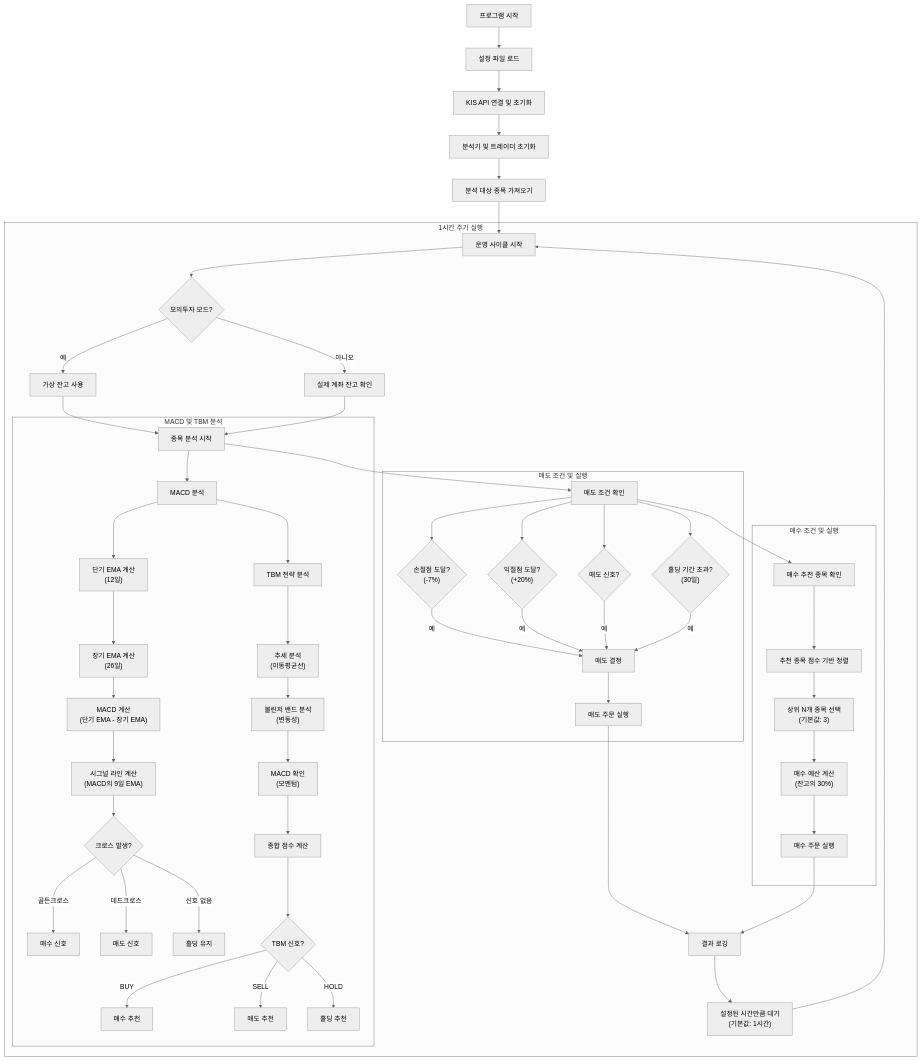
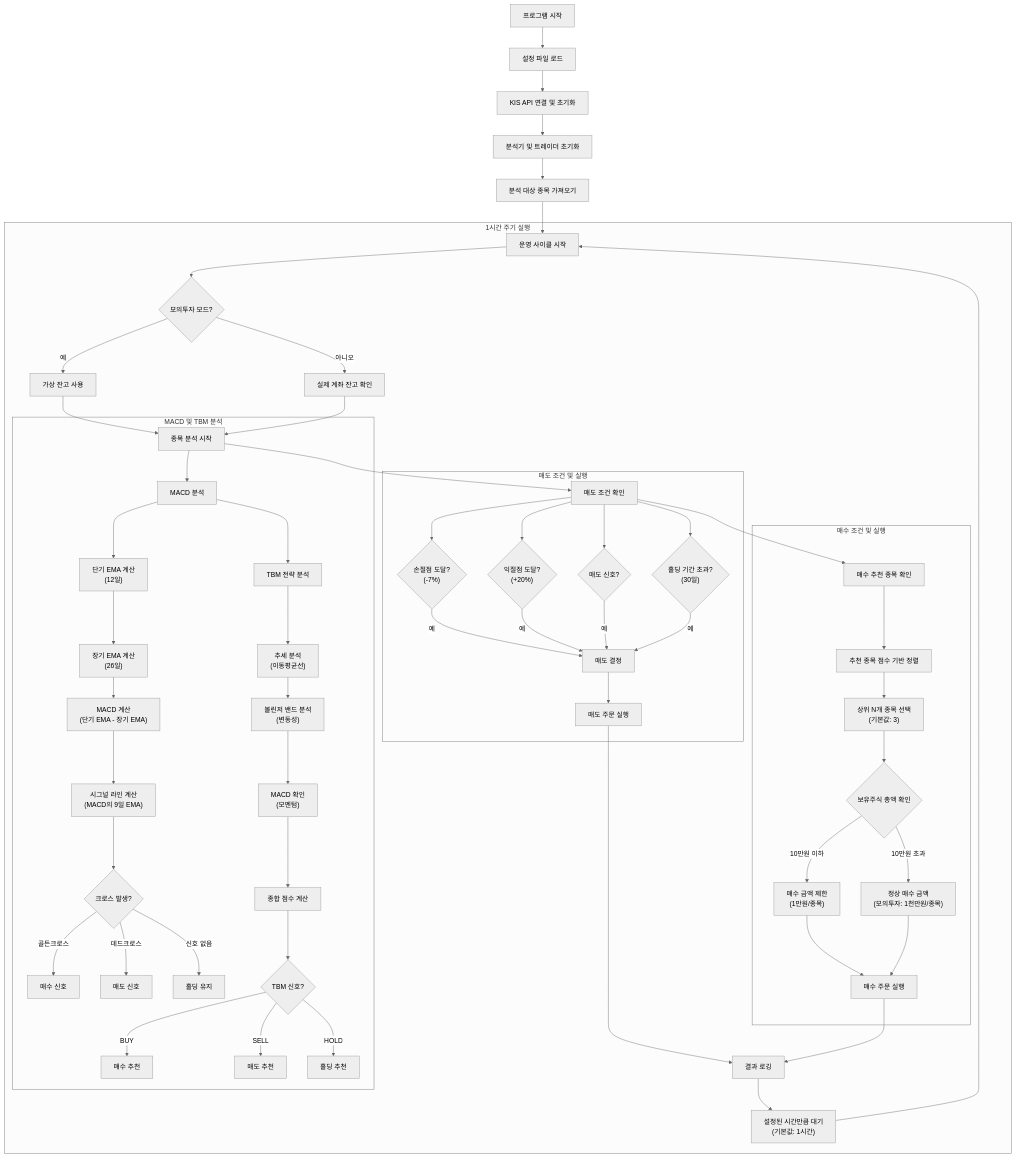
The diagram in docs/README.md (hyngng/astp), drawn with Mermaid (neutral theme) before and after one commit. The commit also changed other lines of this file and 4 other files, not shown here.

````diff
--- a/docs/README.md
+++ b/docs/README.md
@@ -59,68 +58,71 @@
 ```mermaid
 flowchart TD
     Start[프로그램 시작] --> LoadConfig[설정 파일 로드]
     LoadConfig --> InitKIS[KIS API 연결 및 초기화]
     InitKIS --> InitAnalysts[분석기 및 트레이더 초기화]
     InitAnalysts --> FetchTickers[분석 대상 종목 가져오기]
     FetchTickers --> CycleStart[운영 사이클 시작]
     
     subgraph 운영_사이클["1시간 주기 실행"]
         CycleStart --> CheckVirtual{모의투자 모드?}
         CheckVirtual -->|예| UseVirtual[가상 잔고 사용]
         CheckVirtual -->|아니오| GetBalance[실제 계좌 잔고 확인]
         UseVirtual --> AnalyzeTickersStart[종목 분석 시작]
         GetBalance --> AnalyzeTickersStart
         
         subgraph 종목_분석["MACD 및 TBM 분석"]
             AnalyzeTickersStart --> MACDAnalysis[MACD 분석]
             MACDAnalysis --> CalcShortEMA["단기 EMA 계산<br>(12일)"]
             CalcShortEMA --> CalcLongEMA["장기 EMA 계산<br>(26일)"]
             CalcLongEMA --> CalcMACD["MACD 계산<br>(단기 EMA - 장기 EMA)"]
             CalcMACD --> CalcSignal["시그널 라인 계산<br>(MACD의 9일 EMA)"]
             CalcSignal --> CheckCross{크로스 발생?}
             CheckCross -->|골든크로스| GoldenCross[매수 신호]
             CheckCross -->|데드크로스| DeadCross[매도 신호]
             CheckCross -->|신호 없음| NoSignal[홀딩 유지]
             
             MACDAnalysis --> TBMAnalysis[TBM 전략 분석]
             TBMAnalysis --> CheckTrend["추세 분석<br>(이동평균선)"]
             CheckTrend --> CheckBollinger["볼린저 밴드 분석<br>(변동성)"]
             CheckBollinger --> CheckMACDTBM["MACD 확인<br>(모멘텀)"]
             CheckMACDTBM --> CalcTBMScore[종합 점수 계산]
             CalcTBMScore --> TBMSignal{TBM 신호?}
             TBMSignal -->|BUY| TBMBuy[매수 추천]
             TBMSignal -->|SELL| TBMSell[매도 추천]
             TBMSignal -->|HOLD| TBMHold[홀딩 추천]
         end
         
         AnalyzeTickersStart --> CheckSellConditions[매도 조건 확인]
         
         subgraph 매도_프로세스["매도 조건 및 실행"]
             CheckSellConditions --> StopLoss{"손절점 도달?<br>(-7%)"}
             CheckSellConditions --> TakeProfit{"익절점 도달?<br>(+20%)"}
             CheckSellConditions --> SellSignal{매도 신호?}
             CheckSellConditions --> HoldingPeriod{"홀딩 기간 초과?<br>(30일)"}
             
             StopLoss -->|예| SellDecision[매도 결정]
             TakeProfit -->|예| SellDecision
             SellSignal -->|예| SellDecision
             HoldingPeriod -->|예| SellDecision
             
             SellDecision --> ExecuteSell[매도 주문 실행]
         end
         
         CheckSellConditions --> GetBuyRecommendations[매수 추천 종목 확인]
         
         subgraph 매수_프로세스["매수 조건 및 실행"]
             GetBuyRecommendations --> SortRecommendations[추천 종목 점수 기반 정렬]
             SortRecommendations --> SelectTopStocks["상위 N개 종목 선택<br>(기본값: 3)"]
-            SelectTopStocks --> CalcBudget["매수 예산 계산<br>(잔고의 30%)"]
-            CalcBudget --> ExecuteBuy[매수 주문 실행]
+            SelectTopStocks --> CheckPortfolioSize{보유주식 총액 확인}
+            CheckPortfolioSize -->|10만원 이하| LimitBudget["매수 금액 제한<br>(1만원/종목)"]
+            CheckPortfolioSize -->|10만원 초과| NormalBudget["정상 매수 금액<br>(모의투자: 1천만원/종목)"]
+            LimitBudget --> ExecuteBuy[매수 주문 실행]
+            NormalBudget --> ExecuteBuy
         end
         
         ExecuteSell --> LogResults[결과 로깅]
         ExecuteBuy --> LogResults
         LogResults --> WaitCycle["설정된 시간만큼 대기<br>(기본값: 1시간)"]
         WaitCycle --> CycleStart
     end
 ```
````
